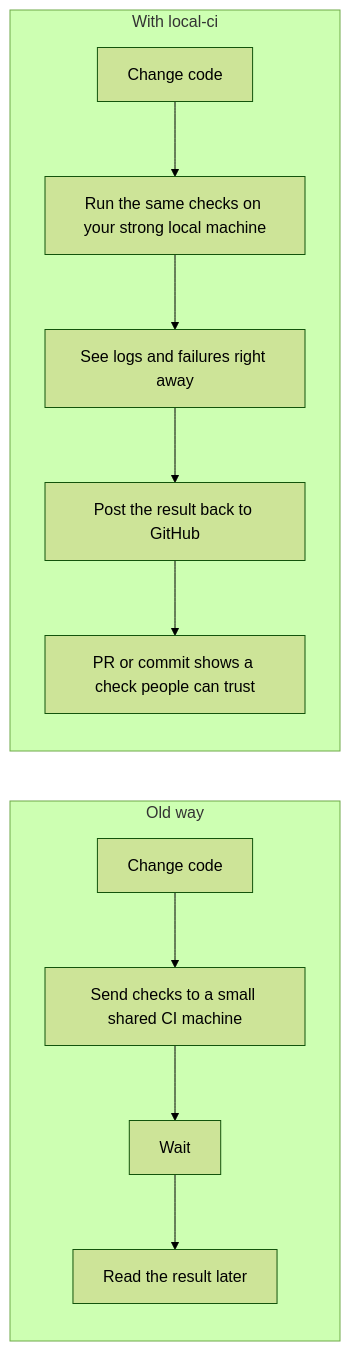
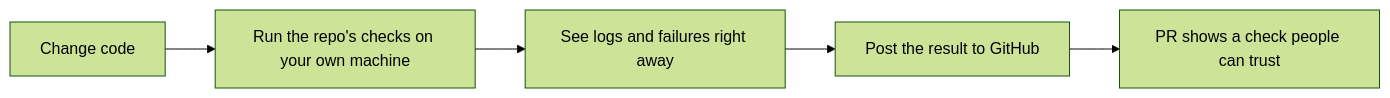
One commit to DiversioTeam/local-ci-runner changed the diagram in README.md. Above: the diagram before and after it, drawn with Mermaid (forest theme). The commit also changed other lines of this file, not shown here.

Commit message:
Shrink README diagram footprint

````diff
--- a/README.md
+++ b/README.md
@@ -26,15 +42,7 @@
 ```mermaid
 flowchart LR
-    subgraph OLD[Old way]
-        A[Change code] --> B[Send checks to a small shared CI machine]
-        B --> C[Wait]
-        C --> D[Read the result later]
-    end
-
-    subgraph NEW[With local-ci]
-        E[Change code] --> F[Run the same checks on your strong local machine]
-        F --> G[See logs and failures right away]
-        G --> H[Post the result back to GitHub]
-        H --> I[PR or commit shows a check people can trust]
-    end
+    A[Change code] --> B[Run the repo's checks on your own machine]
+    B --> C[See logs and failures right away]
+    C --> D[Post the result to GitHub]
+    D --> E[PR shows a check people can trust]
 ```
````
